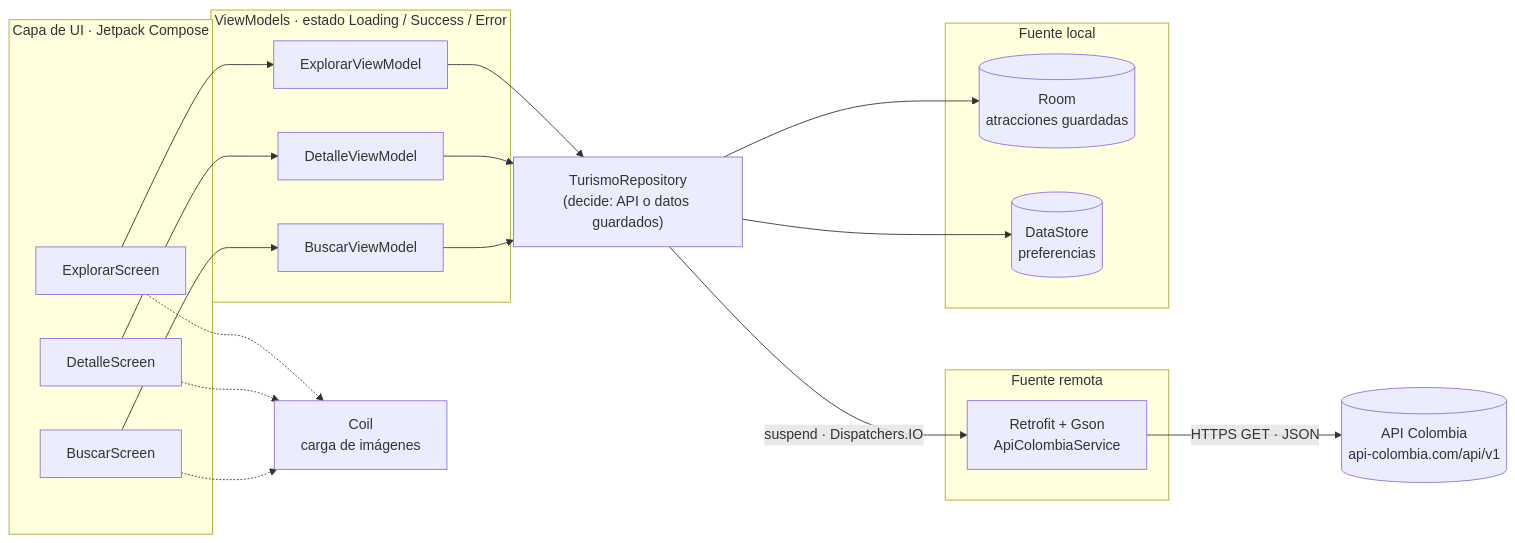
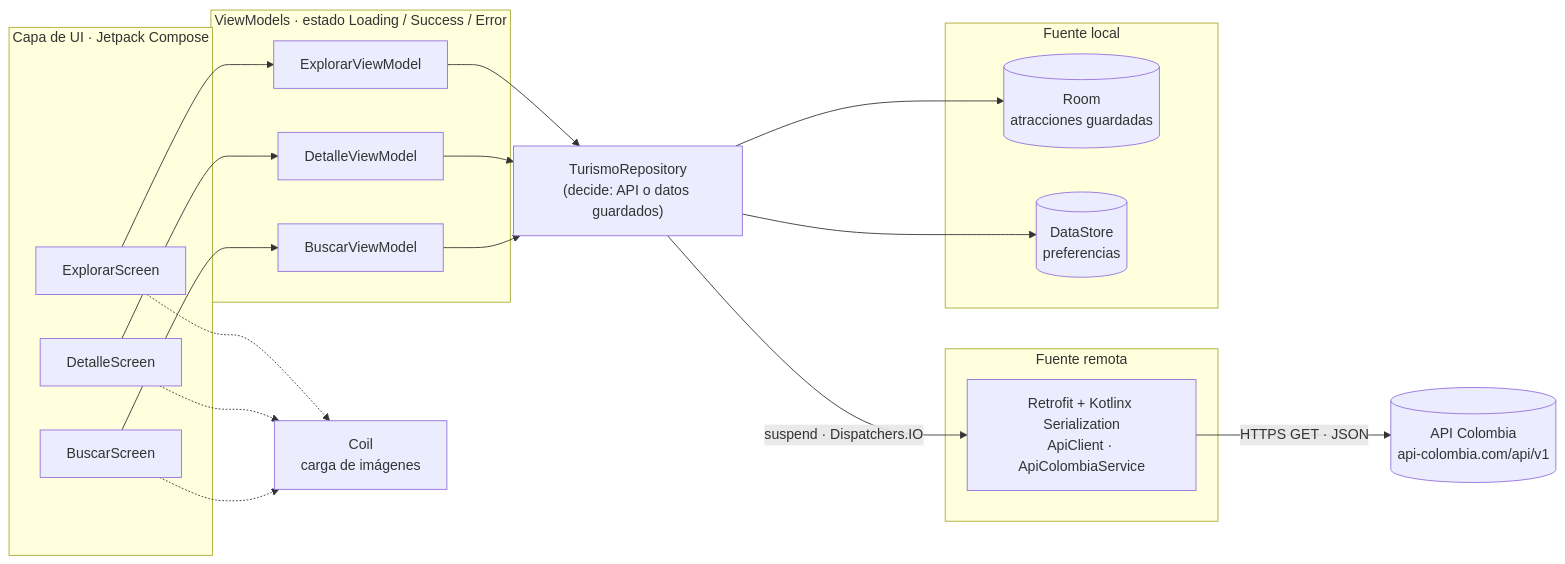
The third of 7 diagrams in README.md (robledocordoba123-cmyk/android-design-rumbocolombia), drawn with Mermaid before and after one commit. The commit also changed other lines of this file, not shown here.

Commit message:
README: arquitectura con Kotlinx Serialization y enlace a la estructura actual

````diff
--- a/README.md
+++ b/README.md
@@ -227,42 +227,42 @@
 ```mermaid
 flowchart LR
     subgraph UI["Capa de UI · Jetpack Compose"]
         EX["ExplorarScreen"]
         DE["DetalleScreen"]
         BU["BuscarScreen"]
     end
 
     subgraph VMS["ViewModels · estado Loading / Success / Error"]
         EXVM["ExplorarViewModel"]
         DEVM["DetalleViewModel"]
         BUVM["BuscarViewModel"]
     end
 
     REPO["TurismoRepository<br/>(decide: API o datos guardados)"]
 
     subgraph REMOTA["Fuente remota"]
-        RET["Retrofit + Gson<br/>ApiColombiaService"]
+        RET["Retrofit + Kotlinx Serialization<br/>ApiClient · ApiColombiaService"]
     end
 
     subgraph LOCAL["Fuente local"]
         ROOM[("Room<br/>atracciones guardadas")]
         DS[("DataStore<br/>preferencias")]
     end
 
     API[("API Colombia<br/>api-colombia.com/api/v1")]
     COIL["Coil<br/>carga de imágenes"]
 
     EX --> EXVM
     DE --> DEVM
     BU --> BUVM
     EXVM --> REPO
     DEVM --> REPO
     BUVM --> REPO
     REPO -- "suspend · Dispatchers.IO" --> RET
     RET -- "HTTPS GET · JSON" --> API
     REPO --> ROOM
     REPO --> DS
     EX -.-> COIL
     DE -.-> COIL
     BU -.-> COIL
 ```
````
